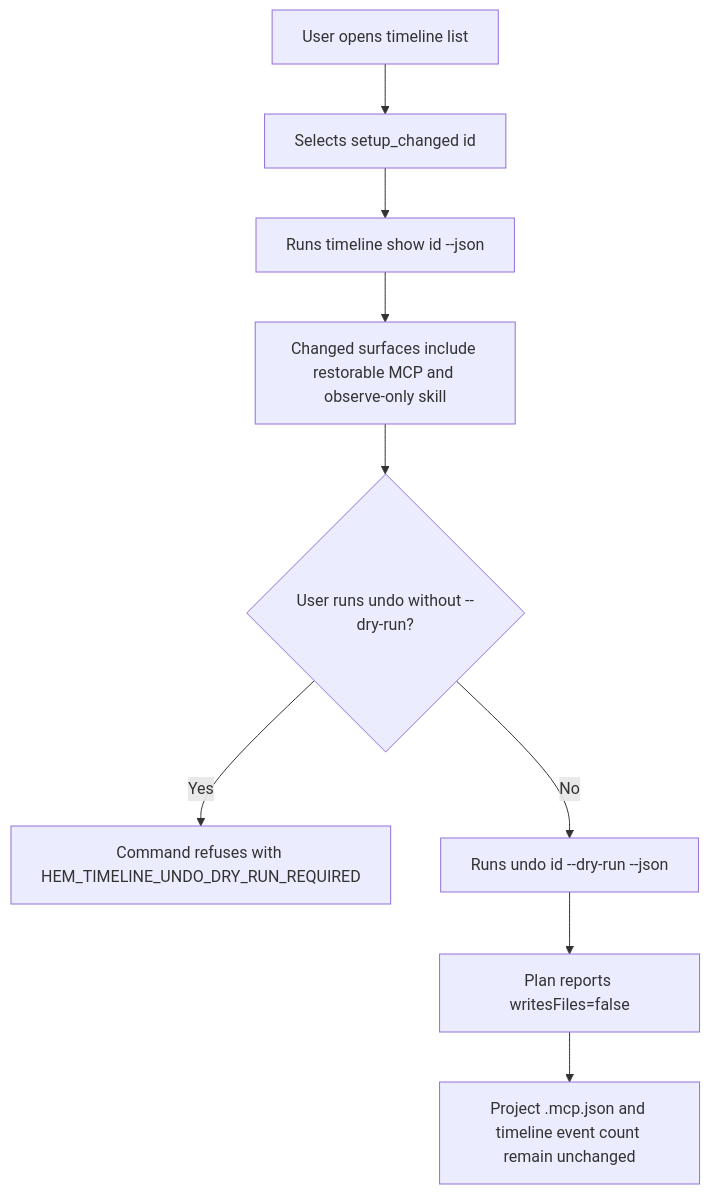
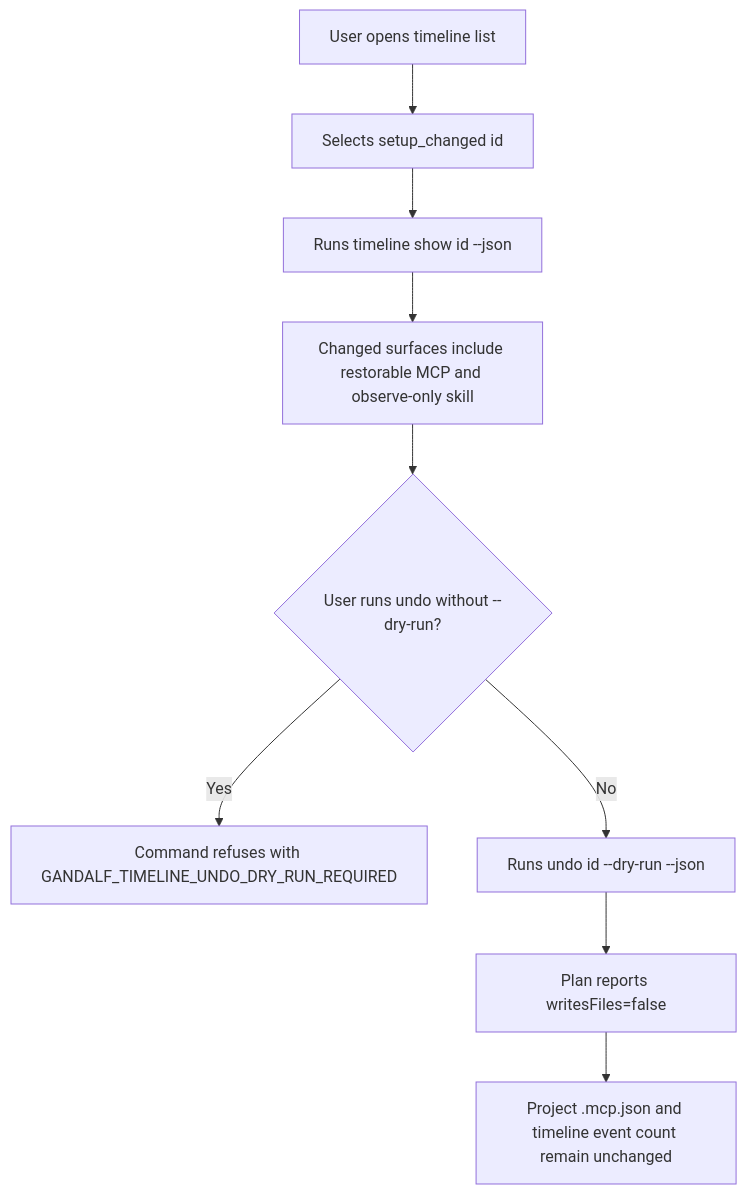
One commit to qyinm/gandalf changed the second of 4 diagrams in docs/dogfood-reports/2026-06-08-main-daemon-timeline-dogfood.md. Above: the diagram before and after it, drawn with Mermaid. The commit also changed other lines of this file and 338 other files, not shown here.

First line of the commit message:
refactor: rename Hem to Gandalf (#10)

````diff
--- a/docs/dogfood-reports/2026-06-08-main-daemon-timeline-dogfood.md
+++ b/docs/dogfood-reports/2026-06-08-main-daemon-timeline-dogfood.md
@@ -37,11 +37,11 @@
 ```mermaid
 flowchart TD
     A[User opens timeline list] --> B[Selects setup_changed id]
     B --> C[Runs timeline show id --json]
     C --> D[Changed surfaces include restorable MCP and observe-only skill]
     D --> E{User runs undo without --dry-run?}
-    E -->|Yes| F[Command refuses with HEM_TIMELINE_UNDO_DRY_RUN_REQUIRED]
+    E -->|Yes| F[Command refuses with GANDALF_TIMELINE_UNDO_DRY_RUN_REQUIRED]
     E -->|No| G[Runs undo id --dry-run --json]
     G --> H[Plan reports writesFiles=false]
     H --> I[Project .mcp.json and timeline event count remain unchanged]
 ```
````
